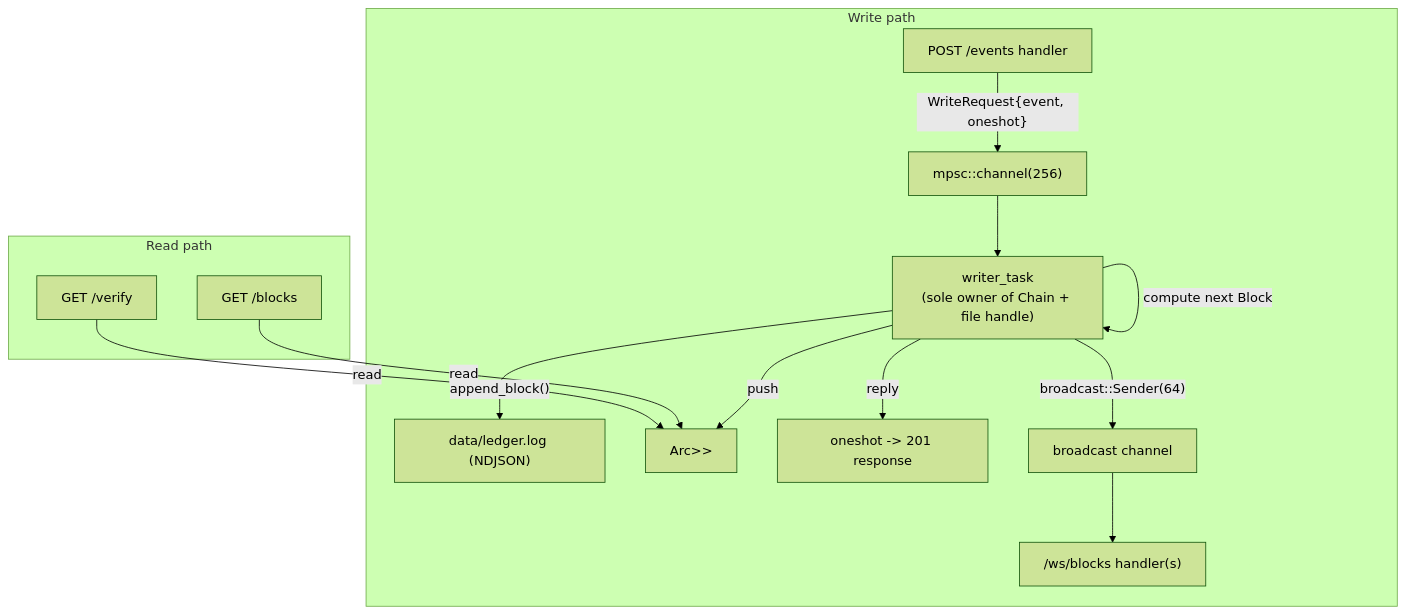
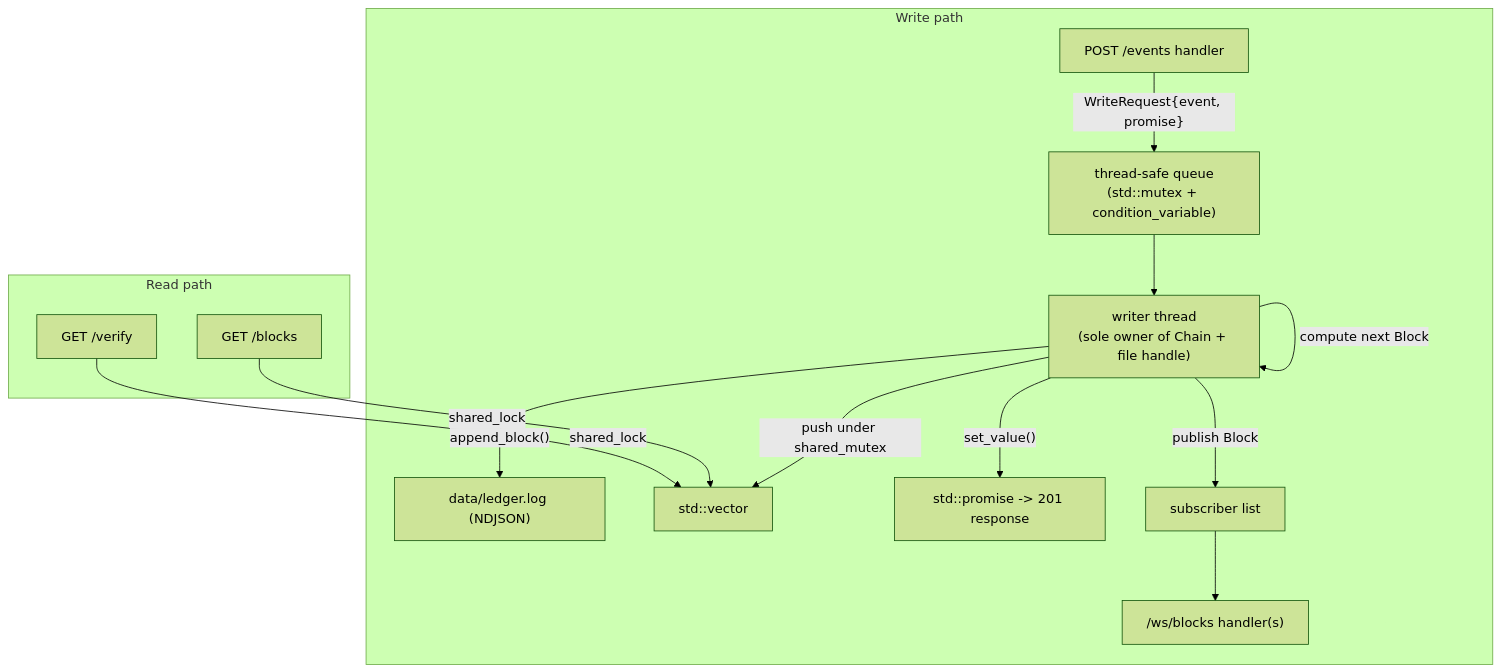
Before and after one commit to rosnMagar/iot-devices-ledger-auditor: the diagram in docs/storage-core/overview.md, drawn with Mermaid (forest theme). The commit also changed other lines of this file and 18 other files, not shown here.

````diff
--- a/docs/storage-core/overview.md
+++ b/docs/storage-core/overview.md
@@ -48,17 +62,17 @@
 ```mermaid
 flowchart TD
     subgraph Writes["Write path"]
-        P["POST /events handler"] -->|"WriteRequest{event, oneshot}"| MPSC["mpsc::channel<WriteRequest>(256)"]
-        MPSC --> WT["writer_task\n(sole owner of Chain + file handle)"]
+        P["POST /events handler"] -->|"WriteRequest{event, promise}"| Q["thread-safe queue\n(std::mutex + condition_variable)"]
+        Q --> WT["writer thread\n(sole owner of Chain + file handle)"]
         WT -->|"compute next Block"| WT
         WT -->|"append_block()"| FILE["data/ledger.log (NDJSON)"]
-        WT -->|"push"| RWLOCK["Arc<RwLock<Vec<Block>>>"]
-        WT -->|"reply"| ONESHOT["oneshot -> 201 response"]
-        WT -->|"broadcast::Sender<Block>(64)"| BCAST["broadcast channel"]
-        BCAST --> WS["/ws/blocks handler(s)"]
+        WT -->|"push under shared_mutex"| VEC["std::vector<Block>"]
+        WT -->|"set_value()"| PROMISE["std::promise -> 201 response"]
+        WT -->|"publish Block"| SUBS["subscriber list"]
+        SUBS --> WS["/ws/blocks handler(s)"]
     end
     subgraph Reads["Read path"]
-        G1["GET /blocks"] -->|"read"| RWLOCK
-        G2["GET /verify"] -->|"read"| RWLOCK
+        G1["GET /blocks"] -->|"shared_lock"| VEC
+        G2["GET /verify"] -->|"shared_lock"| VEC
     end
 ```
````
